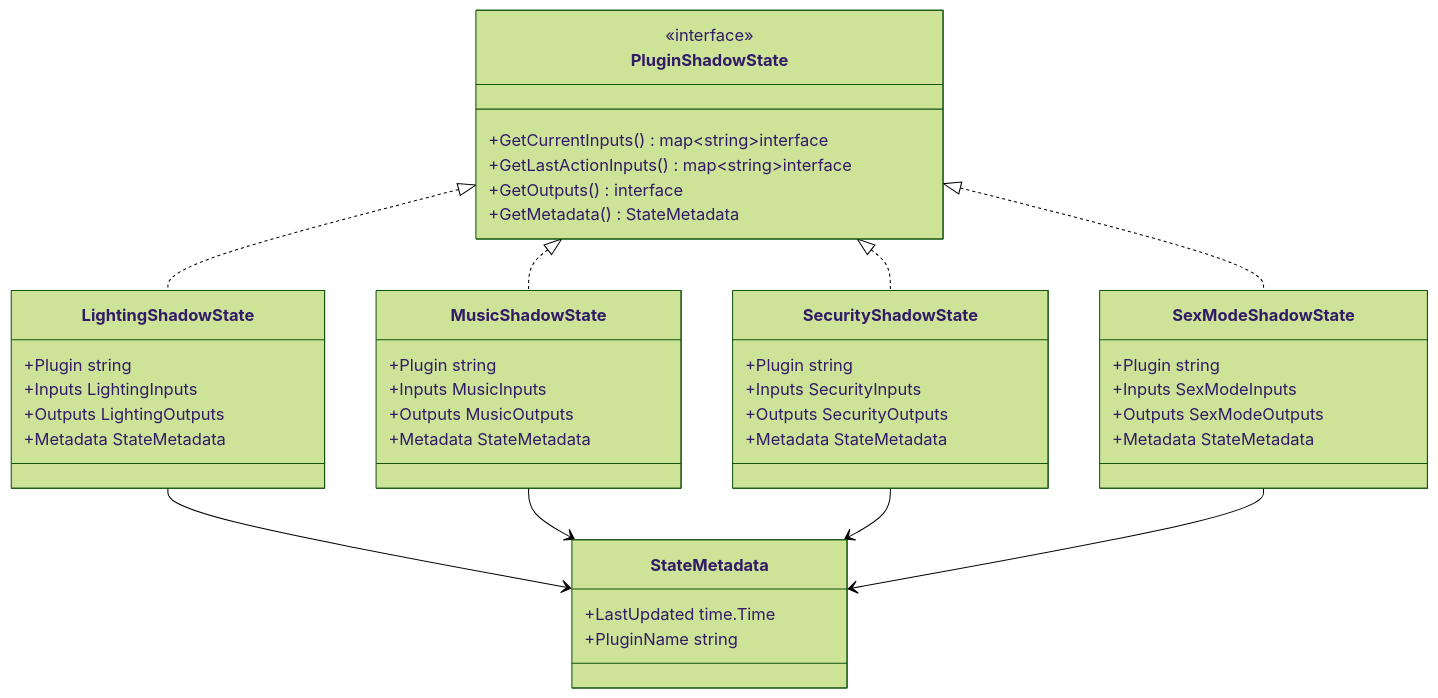
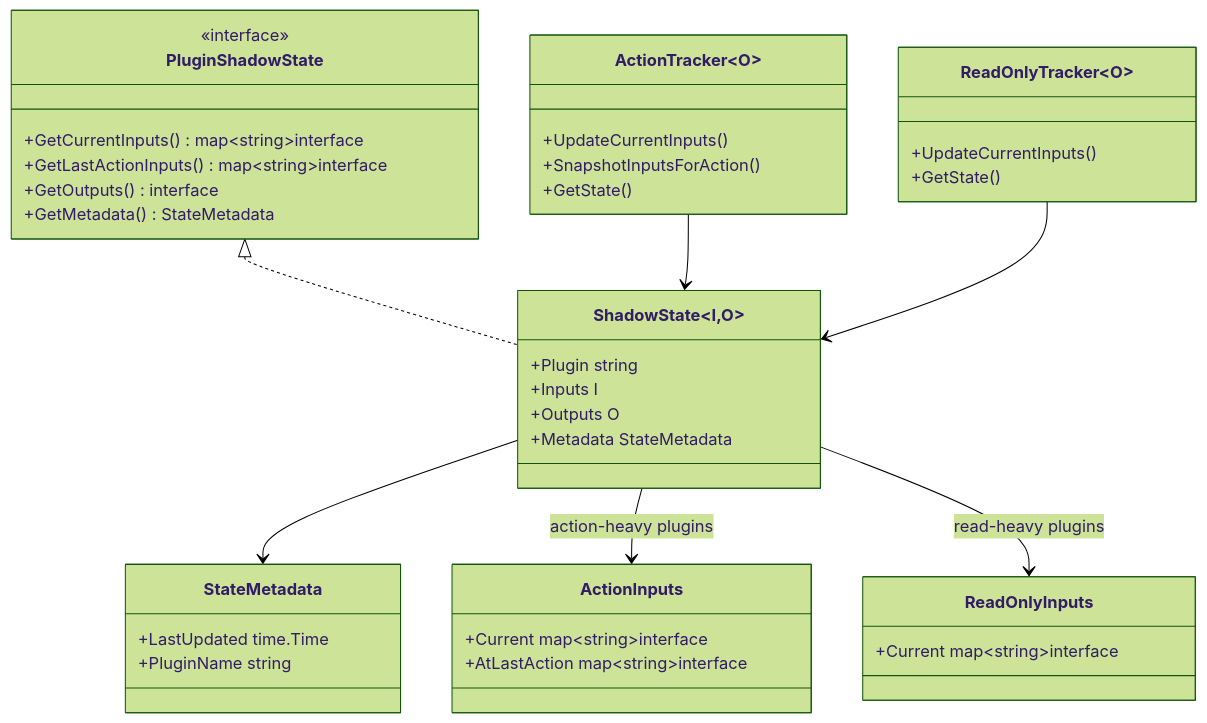
One commit to NickBorgers/home-automation changed the seventh of 14 diagrams in docs/human/VISUAL_ARCHITECTURE.md. Above: the diagram before and after it, drawn with Mermaid (forest theme). The commit also changed 1 other file, not shown here.

Commit message:
docs: Update shadow state docs to reflect Go generics refactor
Update SHADOW_STATE.md and VISUAL_ARCHITECTURE.md to document the new
generic ShadowState[I, O], ActionTracker[O], and ReadOnlyTracker[O]
types introduced in the shadow state refactor.

````diff
--- a/docs/human/VISUAL_ARCHITECTURE.md
+++ b/docs/human/VISUAL_ARCHITECTURE.md
@@ -451,52 +451,49 @@
 ```mermaid
 classDiagram
     class PluginShadowState {
         <<interface>>
         +GetCurrentInputs() map~string~interface
         +GetLastActionInputs() map~string~interface
         +GetOutputs() interface
         +GetMetadata() StateMetadata
     }
 
     class StateMetadata {
         +LastUpdated time.Time
         +PluginName string
     }
 
-    class LightingShadowState {
+    class ShadowState~I,O~ {
         +Plugin string
-        +Inputs LightingInputs
-        +Outputs LightingOutputs
+        +Inputs I
+        +Outputs O
         +Metadata StateMetadata
     }
 
-    class MusicShadowState {
-        +Plugin string
-        +Inputs MusicInputs
-        +Outputs MusicOutputs
-        +Metadata StateMetadata
+    class ActionInputs {
+        +Current map~string~interface
+        +AtLastAction map~string~interface
     }
 
-    class SecurityShadowState {
-        +Plugin string
-        +Inputs SecurityInputs
-        +Outputs SecurityOutputs
-        +Metadata StateMetadata
+    class ReadOnlyInputs {
+        +Current map~string~interface
     }
 
-    class SexModeShadowState {
-        +Plugin string
-        +Inputs SexModeInputs
-        +Outputs SexModeOutputs
-        +Metadata StateMetadata
+    class ActionTracker~O~ {
+        +UpdateCurrentInputs()
+        +SnapshotInputsForAction()
+        +GetState()
     }
 
-    PluginShadowState <|.. LightingShadowState
-    PluginShadowState <|.. MusicShadowState
-    PluginShadowState <|.. SecurityShadowState
-    PluginShadowState <|.. SexModeShadowState
-    LightingShadowState --> StateMetadata
-    MusicShadowState --> StateMetadata
-    SecurityShadowState --> StateMetadata
-    SexModeShadowState --> StateMetadata
+    class ReadOnlyTracker~O~ {
+        +UpdateCurrentInputs()
+        +GetState()
+    }
+
+    PluginShadowState <|.. ShadowState~I,O~
+    ShadowState~I,O~ --> StateMetadata
+    ShadowState~I,O~ --> ActionInputs : action-heavy plugins
+    ShadowState~I,O~ --> ReadOnlyInputs : read-heavy plugins
+    ActionTracker~O~ --> ShadowState~I,O~
+    ReadOnlyTracker~O~ --> ShadowState~I,O~
 ```
````
